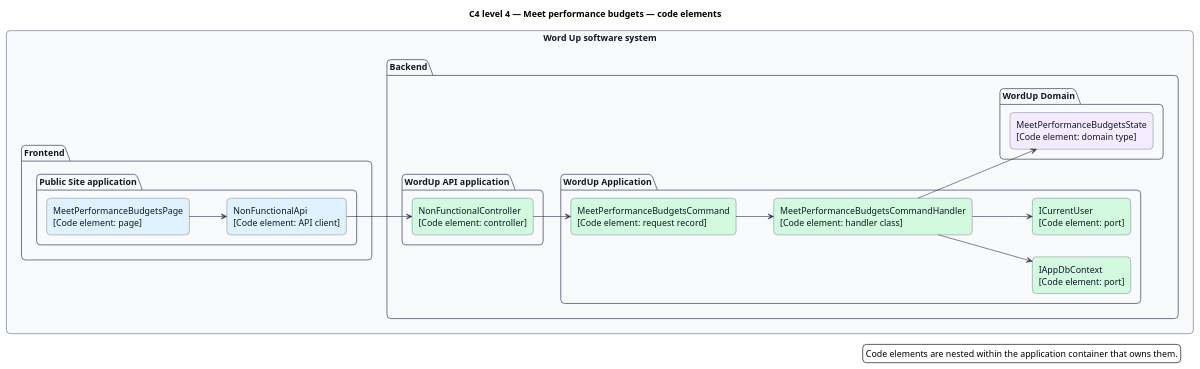
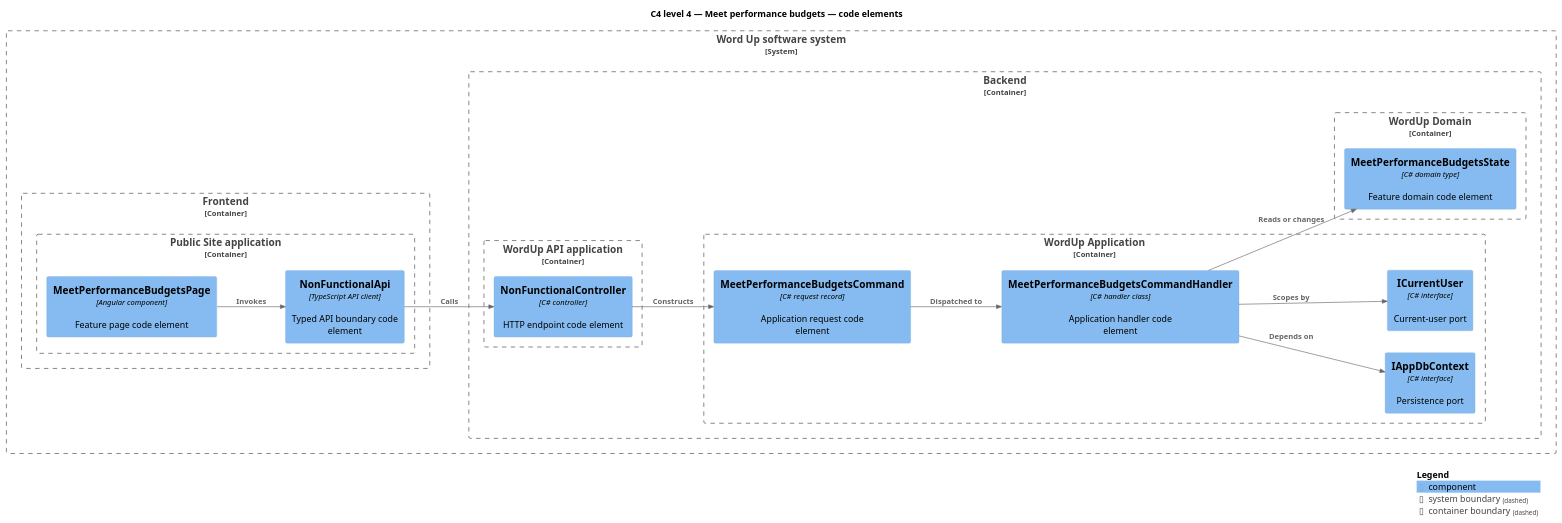
The diagram in docs/detailed-designs/non-functional/meet-performance-budgets/diagrams/c4-code.puml (QuinntyneBrown/waypoint), drawn with PlantUML before and after one commit. The commit also changed 1294 other files, not shown here.

```diff
--- a/docs/detailed-designs/non-functional/meet-performance-budgets/diagrams/c4-code.puml
+++ b/docs/detailed-designs/non-functional/meet-performance-budgets/diagrams/c4-code.puml
@@ -1,50 +1,35 @@
 @startuml
-left to right direction
+!include <C4/C4_Component>
+LAYOUT_LEFT_RIGHT()
 title C4 level 4 — Meet performance budgets — code elements
-skinparam backgroundColor #FFFFFF
-skinparam shadowing false
-skinparam roundcorner 12
-skinparam defaultFontName Arial
-skinparam ArrowColor #344054
-skinparam rectangle {
-  BorderColor #344054
-  FontColor #101828
-}
-skinparam package {
-  BorderColor #667085
-  FontColor #101828
-  BackgroundColor #F9FAFB
-}
-rectangle "Word Up software system" {
-  package "Frontend" {
-    package "Public Site application" {
-      rectangle "MeetPerformanceBudgetsPage\n[Code element: page]" as page #E0F2FE
-      rectangle "NonFunctionalApi\n[Code element: API client]" as client #E0F2FE
+System_Boundary(wordup, "Word Up software system") {
+  Container_Boundary(frontend, "Frontend") {
+    Container_Boundary(frontend_app, "Public Site application") {
+      Component(page, "MeetPerformanceBudgetsPage", "Angular component", "Feature page code element")
+      Component(client, "NonFunctionalApi", "TypeScript API client", "Typed API boundary code element")
     }
   }
-  package "Backend" {
-    package "WordUp API application" {
-      rectangle "NonFunctionalController\n[Code element: controller]" as controller #D1FADF
+  Container_Boundary(backend, "Backend") {
+    Container_Boundary(api_app, "WordUp API application") {
+      Component(controller, "NonFunctionalController", "C# controller", "HTTP endpoint code element")
     }
-    package "WordUp Application" {
-      rectangle "MeetPerformanceBudgetsCommand\n[Code element: request record]" as request #D1FADF
-      rectangle "MeetPerformanceBudgetsCommandHandler\n[Code element: handler class]" as handler #D1FADF
-      rectangle "IAppDbContext\n[Code element: port]" as dbport #D1FADF
-      rectangle "ICurrentUser\n[Code element: port]" as current #D1FADF
+    Container_Boundary(application, "WordUp Application") {
+      Component(request, "MeetPerformanceBudgetsCommand", "C# request record", "Application request code element")
+      Component(handler, "MeetPerformanceBudgetsCommandHandler", "C# handler class", "Application handler code element")
+      Component(dbport, "IAppDbContext", "C# interface", "Persistence port")
+      Component(current, "ICurrentUser", "C# interface", "Current-user port")
     }
-    package "WordUp Domain" {
-      rectangle "MeetPerformanceBudgetsState\n[Code element: domain type]" as entity #F4EBFF
+    Container_Boundary(domain, "WordUp Domain") {
+      Component(entity, "MeetPerformanceBudgetsState", "C# domain type", "Feature domain code element")
     }
   }
 }
-page --> client
-client --> controller
-controller --> request
-request --> handler
-handler --> dbport
-handler --> current
-handler --> entity
-legend right
-  Code elements are nested within the application container that owns them.
-endlegend
+Rel(page, client, "Invokes")
+Rel(client, controller, "Calls")
+Rel(controller, request, "Constructs")
+Rel(request, handler, "Dispatched to")
+Rel(handler, dbport, "Depends on")
+Rel(handler, current, "Scopes by")
+Rel(handler, entity, "Reads or changes")
+SHOW_LEGEND()
 @enduml
```
